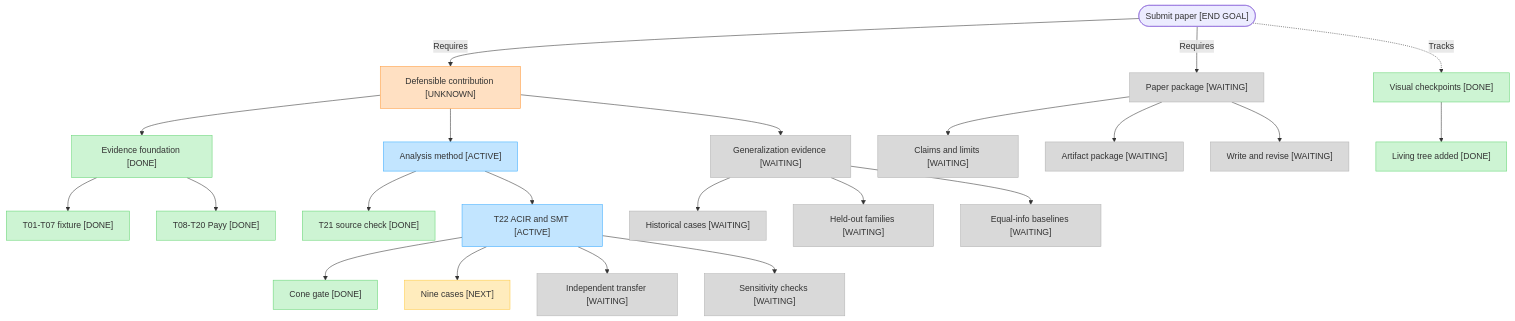
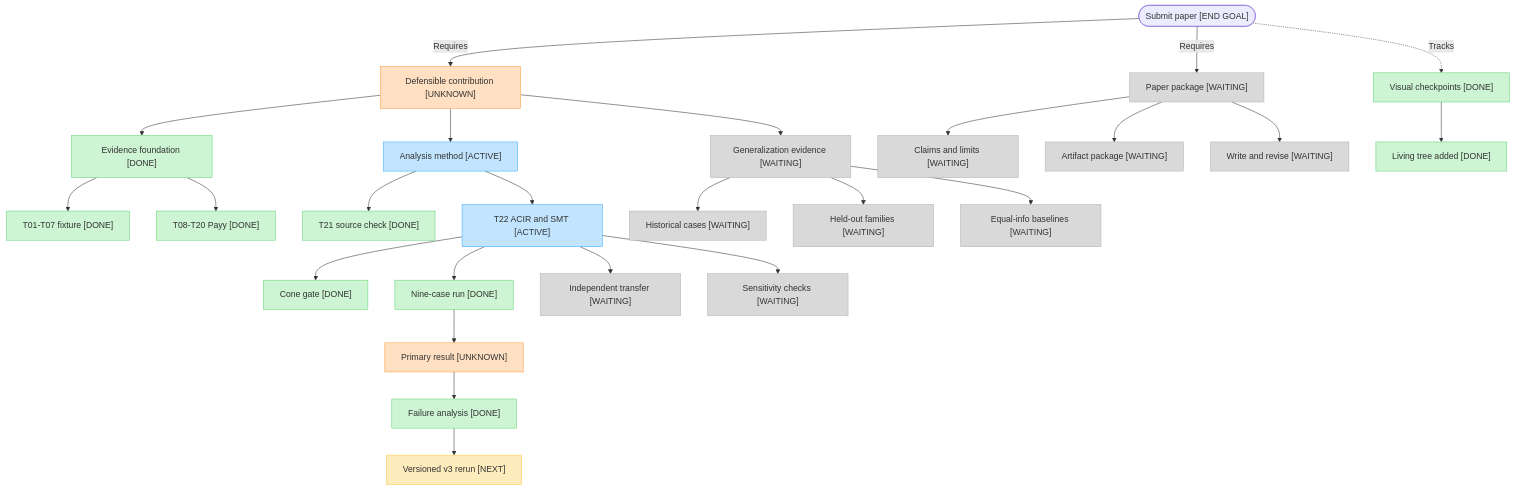
One commit to imranpollob/BindCheck changed the diagram in docs/project-status.md. Above: the diagram before and after it, drawn with Mermaid. The commit also changed other lines of this file and 10 other files, not shown here.

````diff
--- a/docs/project-status.md
+++ b/docs/project-status.md
@@ -16,44 +16,47 @@
 ```mermaid
 flowchart TD
     submit(["Submit paper [END GOAL]"])
     contribution["Defensible contribution [UNKNOWN]"]
     submit -->|"Requires"| contribution
     submit -->|"Requires"| manuscript["Paper package [WAITING]"]
     submit -.->|"Tracks"| tracking["Visual checkpoints [DONE]"]
 
     contribution --> foundation["Evidence foundation [DONE]"]
     contribution --> analysis["Analysis method [ACTIVE]"]
     contribution --> evaluation["Generalization evidence [WAITING]"]
 
     foundation --> fixture["T01-T07 fixture [DONE]"]
     foundation --> payy["T08-T20 Payy [DONE]"]
 
     analysis --> sourceCheck["T21 source check [DONE]"]
     analysis --> t22["T22 ACIR and SMT [ACTIVE]"]
     t22 --> coneGate["Cone gate [DONE]"]
-    t22 --> nineCases["Nine cases [NEXT]"]
+    t22 --> nineCases["Nine-case run [DONE]"]
+    nineCases --> primaryResult["Primary result [UNKNOWN]"]
+    primaryResult --> failureAnalysis["Failure analysis [DONE]"]
+    failureAnalysis --> v3Rerun["Versioned v3 rerun [NEXT]"]
     t22 --> transferCase["Independent transfer [WAITING]"]
     t22 --> sensitivity["Sensitivity checks [WAITING]"]
 
     evaluation --> history["Historical cases [WAITING]"]
     evaluation --> heldOut["Held-out families [WAITING]"]
     evaluation --> baselines["Equal-info baselines [WAITING]"]
 
     manuscript --> claims["Claims and limits [WAITING]"]
     manuscript --> artifacts["Artifact package [WAITING]"]
     manuscript --> draft["Write and revise [WAITING]"]
 
     tracking --> livingTree["Living tree added [DONE]"]
 
     classDef done fill:#CDF4D3,stroke:#66D575
     classDef active fill:#C2E5FF,stroke:#3DADFF
     classDef next fill:#FFECBD,stroke:#FFC943
     classDef waiting fill:#D9D9D9,stroke:#B3B3B3
     classDef unknown fill:#FFE0C2,stroke:#FF9E42
 
-    class foundation,fixture,payy,sourceCheck,coneGate,tracking,livingTree done
+    class foundation,fixture,payy,sourceCheck,coneGate,nineCases,failureAnalysis,tracking,livingTree done
     class analysis,t22 active
-    class nineCases next
+    class v3Rerun next
     class evaluation,history,heldOut,baselines,manuscript,claims,artifacts,draft,transferCase,sensitivity waiting
-    class contribution unknown
+    class contribution,primaryResult unknown
 ```
````
